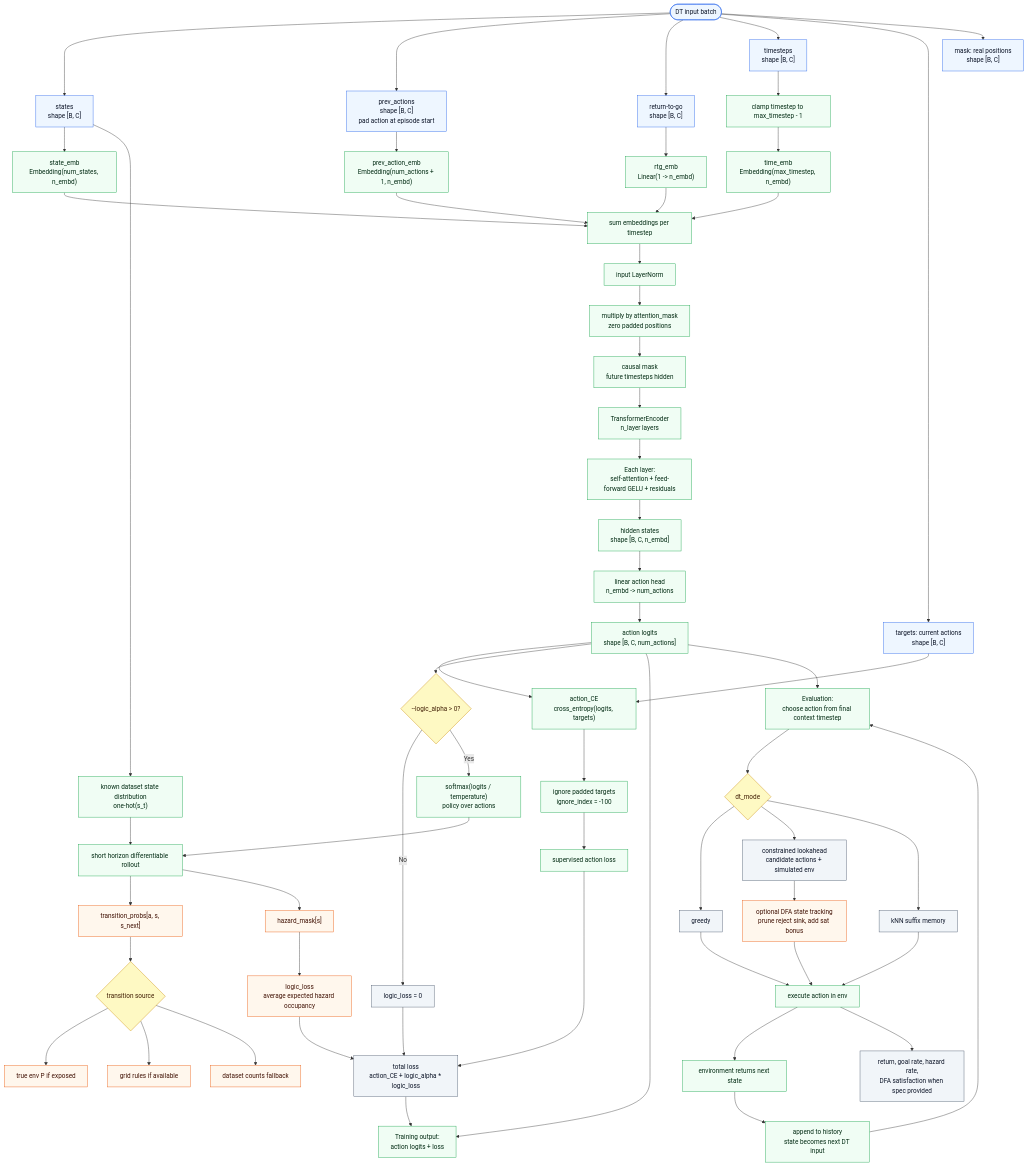
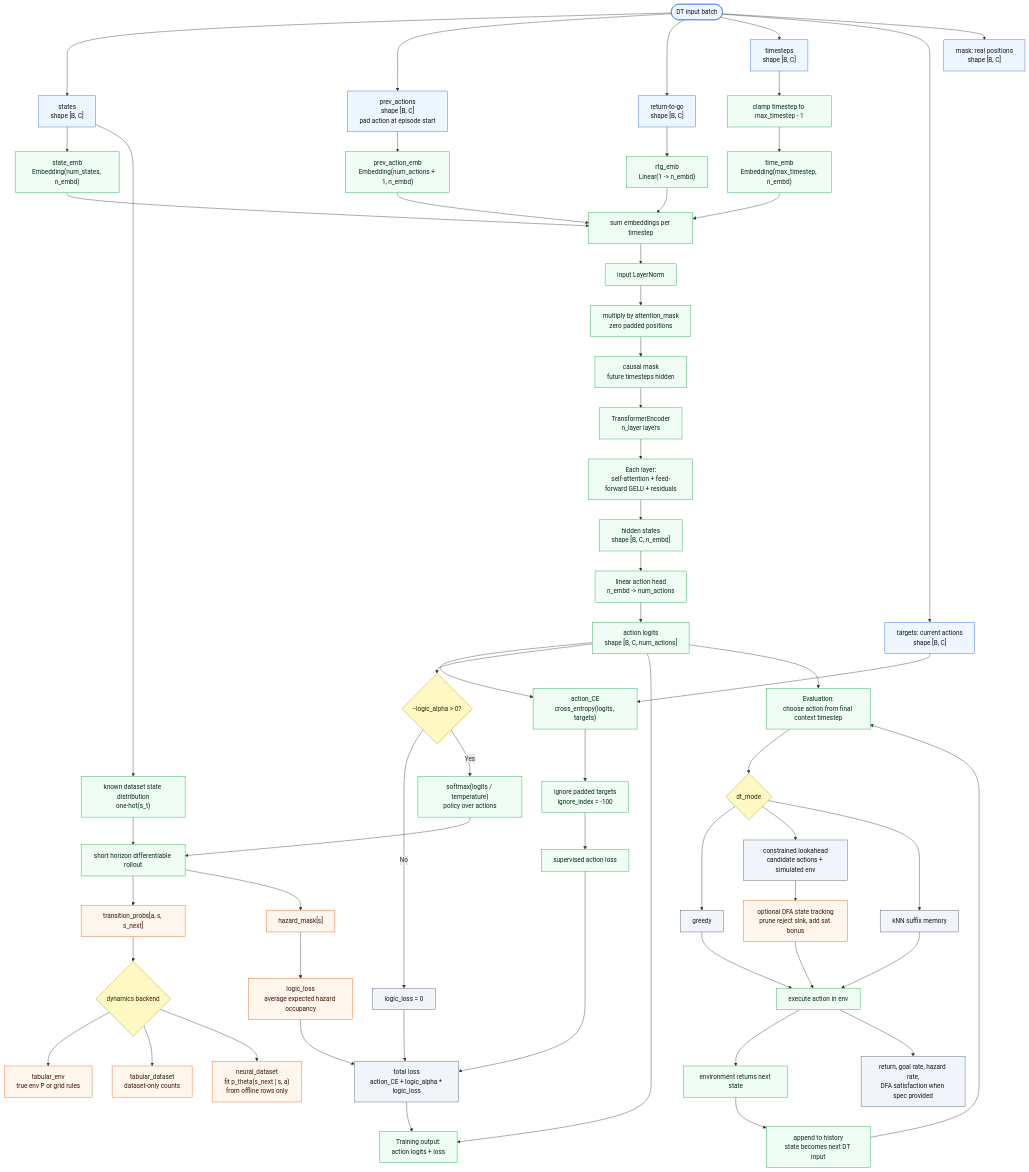
Before and after one commit to ashkanans/nesy_rl_test: the diagram in docs/workflow/dt_architecture.mmd, drawn with Mermaid. The commit also changed 14 other files, not shown here.

Commit message:
Add offline neural dynamics backend for DT logic loss

```diff
--- a/docs/workflow/dt_architecture.mmd
+++ b/docs/workflow/dt_architecture.mmd
@@ -1,77 +1,77 @@
 flowchart TD
     A([DT input batch]) --> S["states<br/>shape [B, C]"]
     A --> PA["prev_actions<br/>shape [B, C]<br/>pad action at episode start"]
     A --> RTG["return-to-go<br/>shape [B, C]"]
     A --> Tm["timesteps<br/>shape [B, C]"]
     A --> Target["targets: current actions<br/>shape [B, C]"]
     A --> Mask["mask: real positions<br/>shape [B, C]"]
 
     S --> SE["state_emb<br/>Embedding(num_states, n_embd)"]
     PA --> AE["prev_action_emb<br/>Embedding(num_actions + 1, n_embd)"]
     RTG --> RE["rtg_emb<br/>Linear(1 -> n_embd)"]
     Tm --> Clamp["clamp timestep to max_timestep - 1"]
     Clamp --> TE["time_emb<br/>Embedding(max_timestep, n_embd)"]
 
     SE --> Sum["sum embeddings per timestep"]
     AE --> Sum
     RE --> Sum
     TE --> Sum
     Sum --> LN["input LayerNorm"]
     LN --> ApplyMask["multiply by attention_mask<br/>zero padded positions"]
     ApplyMask --> CausalMask["causal mask<br/>future timesteps hidden"]
     CausalMask --> Encoder["TransformerEncoder<br/>n_layer layers"]
     Encoder --> EncBlock["Each layer:<br/>self-attention + feed-forward GELU + residuals"]
     EncBlock --> Hidden["hidden states<br/>shape [B, C, n_embd]"]
     Hidden --> Head["linear action head<br/>n_embd -> num_actions"]
     Head --> Logits["action logits<br/>shape [B, C, num_actions]"]
 
     Logits --> CE["action_CE<br/>cross_entropy(logits, targets)"]
     Target --> CE
     CE --> Ignore["ignore padded targets<br/>ignore_index = -100"]
     Ignore --> SupLoss["supervised action loss"]
 
     Logits --> LogicSwitch{"--logic_alpha > 0?"}
     LogicSwitch -->|No| Zero["logic_loss = 0"]
     LogicSwitch -->|Yes| SoftPolicy["softmax(logits / temperature)<br/>policy over actions"]
     S --> StartState["known dataset state distribution<br/>one-hot(s_t)"]
     SoftPolicy --> RolloutLogic["short horizon differentiable rollout"]
     StartState --> RolloutLogic
     RolloutLogic --> Trans["transition_probs[a, s, s_next]"]
-    Trans --> Source{"transition source"}
-    Source --> EnvP["true env P if exposed"]
-    Source --> Rules["grid rules if available"]
-    Source --> Counts["dataset counts fallback"]
+    Trans --> Source{"dynamics backend"}
+    Source --> EnvP["tabular_env<br/>true env P or grid rules"]
+    Source --> Counts["tabular_dataset<br/>dataset-only counts"]
+    Source --> Neural["neural_dataset<br/>fit p_theta(s_next | s, a)<br/>from offline rows only"]
     RolloutLogic --> Hazard["hazard_mask[s]"]
     Hazard --> LogicLoss["logic_loss<br/>average expected hazard occupancy"]
 
     SupLoss --> Total["total loss<br/>action_CE + logic_alpha * logic_loss"]
     Zero --> Total
     LogicLoss --> Total
 
     Logits --> TrainOut["Training output:<br/>action logits + loss"]
     Total --> TrainOut
     Logits --> EvalPolicy["Evaluation:<br/>choose action from final context timestep"]
     EvalPolicy --> Mode{"dt_mode"}
     Mode --> Greedy["greedy"]
     Mode --> Constrained["constrained lookahead<br/>candidate actions + simulated env"]
     Mode --> KNN["kNN suffix memory"]
     Constrained --> DFA["optional DFA state tracking<br/>prune reject sink, add sat bonus"]
     Greedy --> Env["execute action in env"]
     DFA --> Env
     KNN --> Env
     Env --> NextState["environment returns next state"]
     NextState --> Loop["append to history<br/>state becomes next DT input"]
     Loop --> EvalPolicy
     Env --> Metrics["return, goal rate, hazard rate,<br/>DFA satisfaction when spec provided"]
 
     classDef input fill:#eef6ff,stroke:#2563eb,color:#0f172a
     classDef arch fill:#f0fdf4,stroke:#16a34a,color:#052e16
     classDef logic fill:#fff7ed,stroke:#ea580c,color:#431407
     classDef decision fill:#fef9c3,stroke:#ca8a04,color:#422006
     classDef output fill:#f1f5f9,stroke:#475569,color:#0f172a
 
     class A,S,PA,RTG,Tm,Target,Mask input
     class SE,AE,RE,Clamp,TE,Sum,LN,ApplyMask,CausalMask,Encoder,EncBlock,Hidden,Head,Logits,CE,Ignore,SupLoss,SoftPolicy,StartState,RolloutLogic,TrainOut,EvalPolicy,Env,NextState,Loop arch
-    class Trans,EnvP,Rules,Counts,Hazard,LogicLoss,DFA logic
+    class Trans,EnvP,Counts,Neural,Hazard,LogicLoss,DFA logic
     class LogicSwitch,Source,Mode decision
     class Zero,Total,Greedy,Constrained,KNN,Metrics output
```
